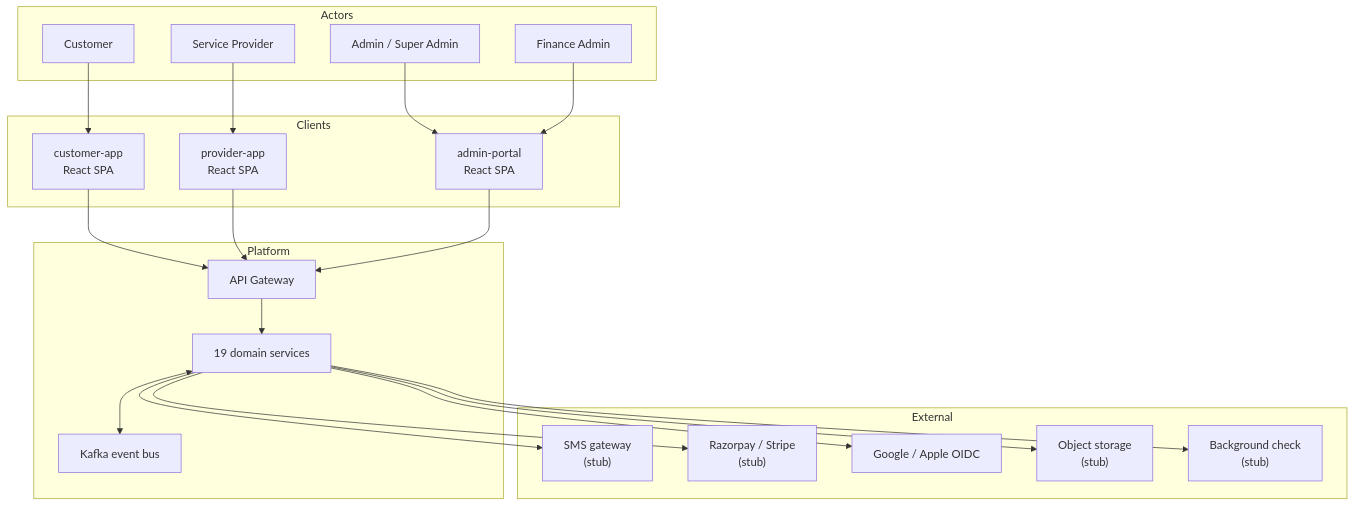
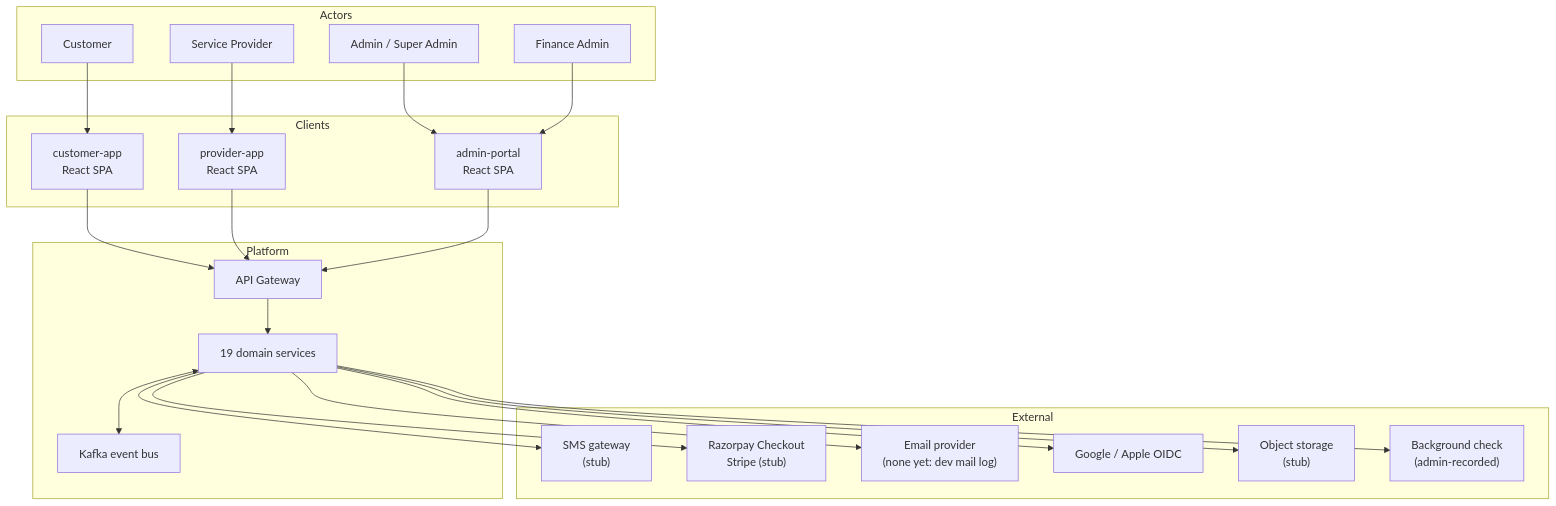
One commit to condigence/ji-hajoor changed the first of 29 diagrams in docs/ARCHITECTURE.md. Above: the diagram before and after it, drawn with Mermaid. The commit also changed other lines of this file and 944 other files, not shown here.

````diff
--- a/docs/ARCHITECTURE.md
+++ b/docs/ARCHITECTURE.md
@@ -14,44 +14,46 @@
 ```mermaid
 graph TB
     subgraph Actors
         C["Customer"]
         P["Service Provider"]
         A["Admin / Super Admin"]
         F["Finance Admin"]
     end
 
     subgraph Clients
         CA["customer-app<br/>React SPA"]
         PA["provider-app<br/>React SPA"]
         AP["admin-portal<br/>React SPA"]
     end
 
     subgraph Platform
         GW["API Gateway"]
         SVC["19 domain services"]
         BUS["Kafka event bus"]
     end
 
     subgraph External
         SMS["SMS gateway<br/>(stub)"]
-        PAY["Razorpay / Stripe<br/>(stub)"]
+        PAY["Razorpay Checkout<br/>Stripe (stub)"]
+        MAIL["Email provider<br/>(none yet: dev mail log)"]
         OIDC["Google / Apple OIDC"]
         S3["Object storage<br/>(stub)"]
-        KYC["Background check<br/>(stub)"]
+        KYC["Background check<br/>(admin-recorded)"]
     end
 
     C --> CA
     P --> PA
     A --> AP
     F --> AP
     CA --> GW
     PA --> GW
     AP --> GW
     GW --> SVC
     SVC <--> BUS
     SVC --> SMS
     SVC --> PAY
     SVC --> OIDC
     SVC --> S3
     SVC --> KYC
+    SVC --> MAIL
 ```
````
